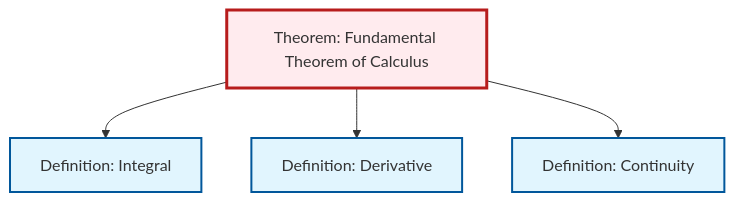
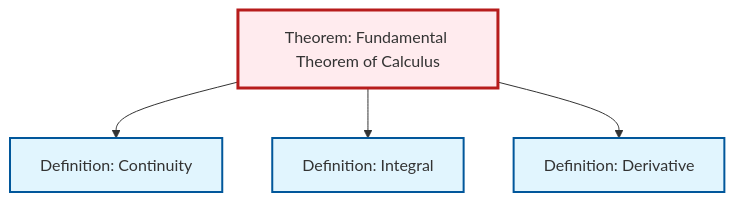
One commit to RK0429/ModernMath changed the diagram in content/en/analysis/thm-fundamental-calculus.qmd. Above: the diagram before and after it, drawn with Mermaid. The commit also changed other lines of this file and 581 other files, not shown here.

First line of the commit message:
feat: Add epimorphism definition and complete integral domain translations

````diff
--- a/content/en/analysis/thm-fundamental-calculus.qmd
+++ b/content/en/analysis/thm-fundamental-calculus.qmd
@@ -141,20 +141,20 @@
 ```{mermaid}
 %%| fig-cap: "Local dependency graph"
 graph TD
     classDef definition fill:#e1f5fe,stroke:#01579b,stroke-width:2px
     classDef theorem fill:#f3e5f5,stroke:#4a148c,stroke-width:2px
     classDef axiom fill:#fff3e0,stroke:#e65100,stroke-width:2px
     classDef example fill:#e8f5e9,stroke:#1b5e20,stroke-width:2px
     classDef current fill:#ffebee,stroke:#b71c1c,stroke-width:3px
     def-derivative["Definition: Derivative"]:::definition
+    def-integral["Definition: Integral"]:::definition
+    thm-fundamental-calculus["Theorem: Fundamental Theorem of Calculus"]:::theorem
     def-continuity["Definition: Continuity"]:::definition
-    thm-fundamental-calculus["Theorem: Fundamental Theorem of Calculus"]:::theorem
-    def-integral["Definition: Integral"]:::definition
+    thm-fundamental-calculus --> def-continuity
     thm-fundamental-calculus --> def-integral
     thm-fundamental-calculus --> def-derivative
-    thm-fundamental-calculus --> def-continuity
     class thm-fundamental-calculus current
     click def-derivative "def-derivative.html" "Go to Derivative definition"
+    click def-integral "def-integral.html" "Go to Integral definition"
     click def-continuity "def-continuity.html" "Go to Continuity definition"
-    click def-integral "def-integral.html" "Go to Integral definition"
 ```
````
